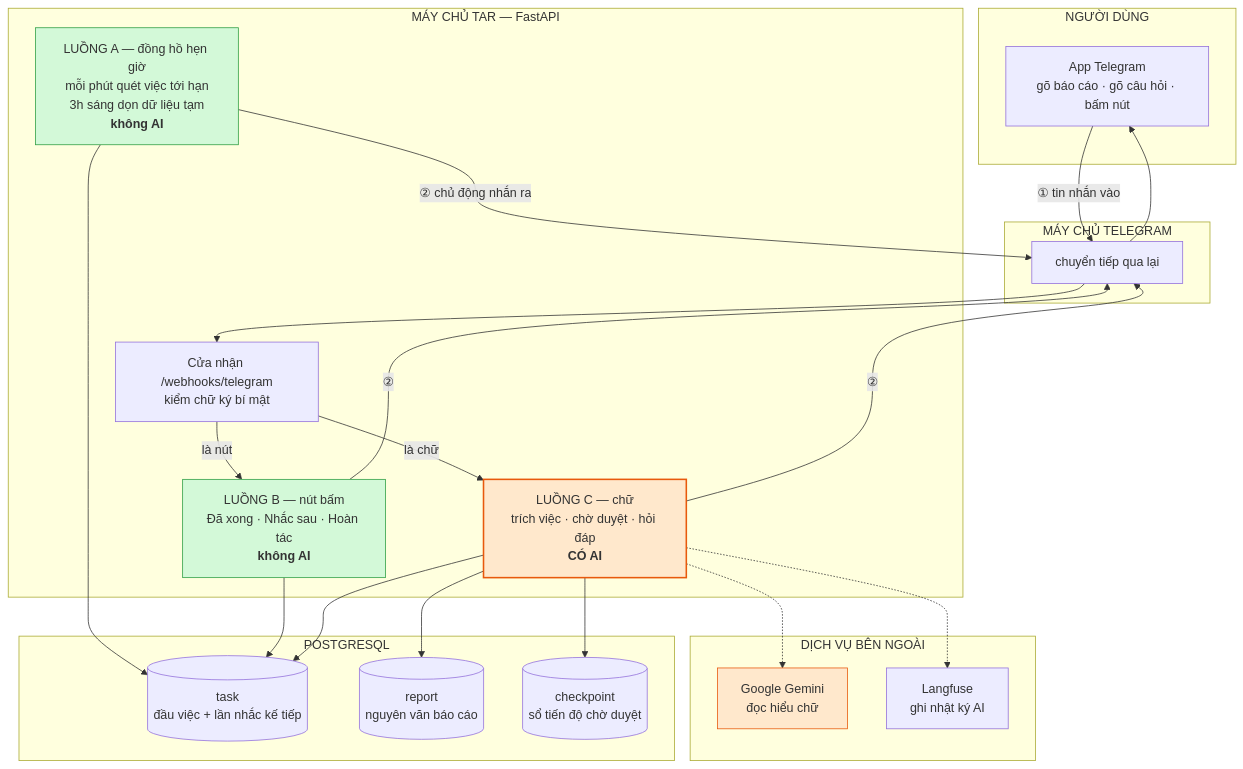
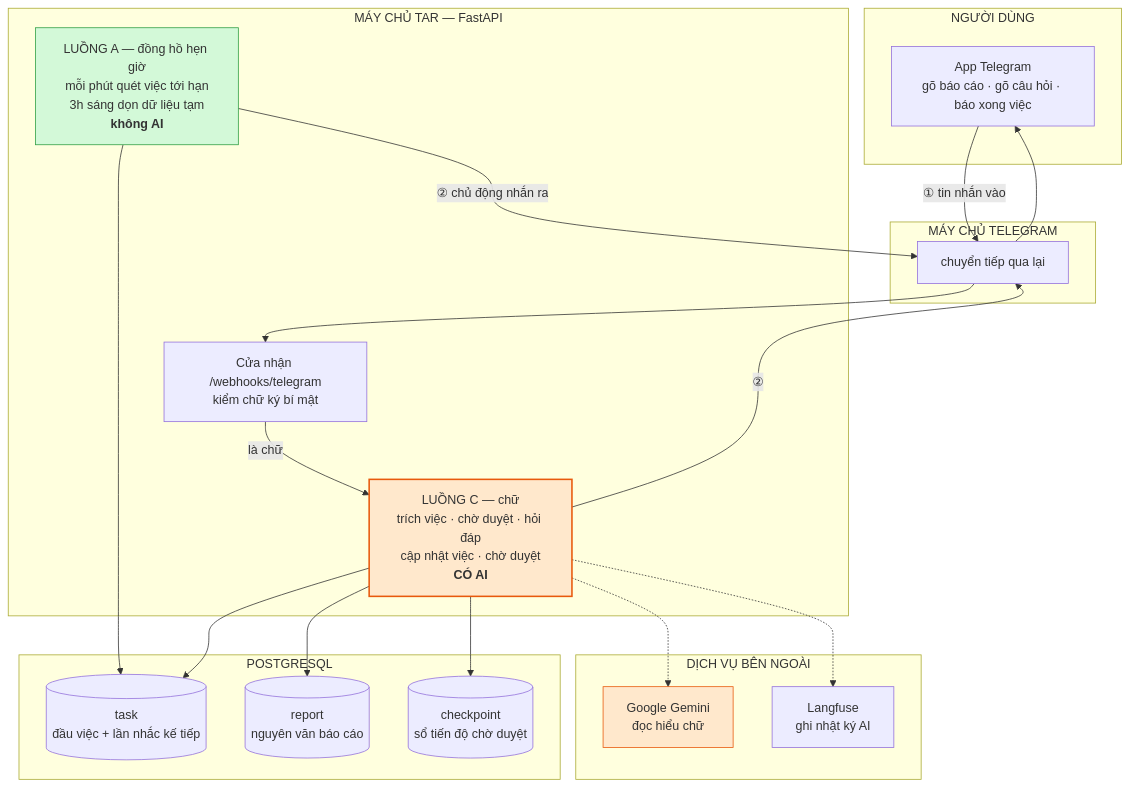
Before and after one commit to NguyenQuyenHacker/Telegram-Agent-Reminder-TAR-: the first of 4 diagrams in docs/bai-noi-gioi-thieu.md, drawn with Mermaid. The commit also changed other lines of this file and 37 other files, not shown here.

````diff
--- a/docs/bai-noi-gioi-thieu.md
+++ b/docs/bai-noi-gioi-thieu.md
@@ -57,52 +59,47 @@
 ```mermaid
 flowchart TB
     subgraph NGUOIDUNG["NGƯỜI DÙNG"]
-        TG["App Telegram<br/>gõ báo cáo · gõ câu hỏi · bấm nút"]
+        TG["App Telegram<br/>gõ báo cáo · gõ câu hỏi · báo xong việc"]
     end
 
     subgraph TELE["MÁY CHỦ TELEGRAM"]
         RELAY["chuyển tiếp qua lại"]
     end
 
     subgraph TAR["MÁY CHỦ TAR — FastAPI"]
         DOOR["Cửa nhận /webhooks/telegram<br/>kiểm chữ ký bí mật"]
-        B["LUỒNG B — nút bấm<br/>Đã xong · Nhắc sau · Hoàn tác<br/><b>không AI</b>"]
-        C["LUỒNG C — chữ<br/>trích việc · chờ duyệt · hỏi đáp<br/><b>CÓ AI</b>"]
+        C["LUỒNG C — chữ<br/>trích việc · chờ duyệt · hỏi đáp<br/>cập nhật việc · chờ duyệt<br/><b>CÓ AI</b>"]
         A["LUỒNG A — đồng hồ hẹn giờ<br/>mỗi phút quét việc tới hạn<br/>3h sáng dọn dữ liệu tạm<br/><b>không AI</b>"]
     end
 
     subgraph NGOAI["DỊCH VỤ BÊN NGOÀI"]
         GEM["Google Gemini<br/>đọc hiểu chữ"]
         LF["Langfuse<br/>ghi nhật ký AI"]
     end
 
     subgraph DB["POSTGRESQL"]
         T[("task<br/>đầu việc + lần nhắc kế tiếp")]
         R[("report<br/>nguyên văn báo cáo")]
         CP[("checkpoint<br/>sổ tiến độ chờ duyệt")]
     end
 
     TG -- "① tin nhắn vào" --> RELAY
     RELAY --> DOOR
-    DOOR -- "là nút" --> B
     DOOR -- "là chữ" --> C
 
     C -.-> GEM
     C -.-> LF
 
     A -- "② chủ động nhắn ra" --> RELAY
-    B -- "②" --> RELAY
     C -- "②" --> RELAY
     RELAY --> TG
 
     A --> T
-    B --> T
     C --> T
     C --> R
     C --> CP
 
     style C fill:#ffe8cc,stroke:#e8590c,stroke-width:2px
     style GEM fill:#ffe8cc,stroke:#e8590c
     style A fill:#d3f9d8,stroke:#2f9e44
-    style B fill:#d3f9d8,stroke:#2f9e44
 ```
````
